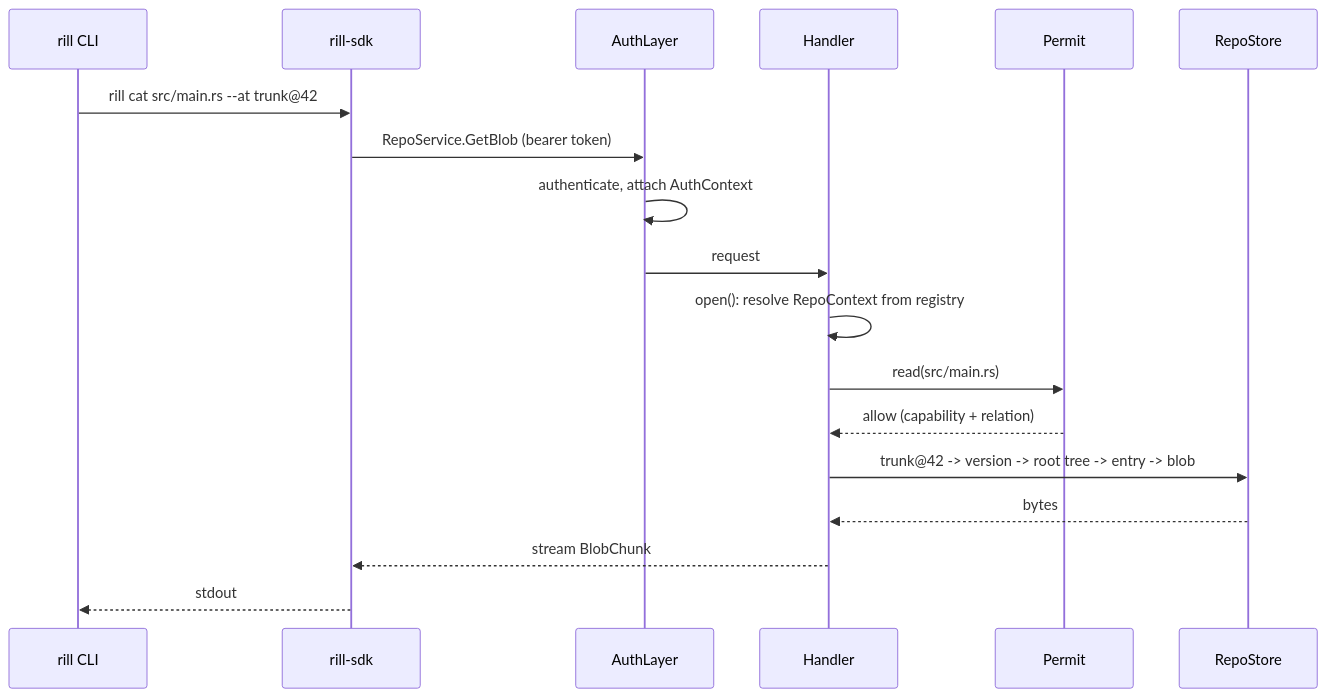
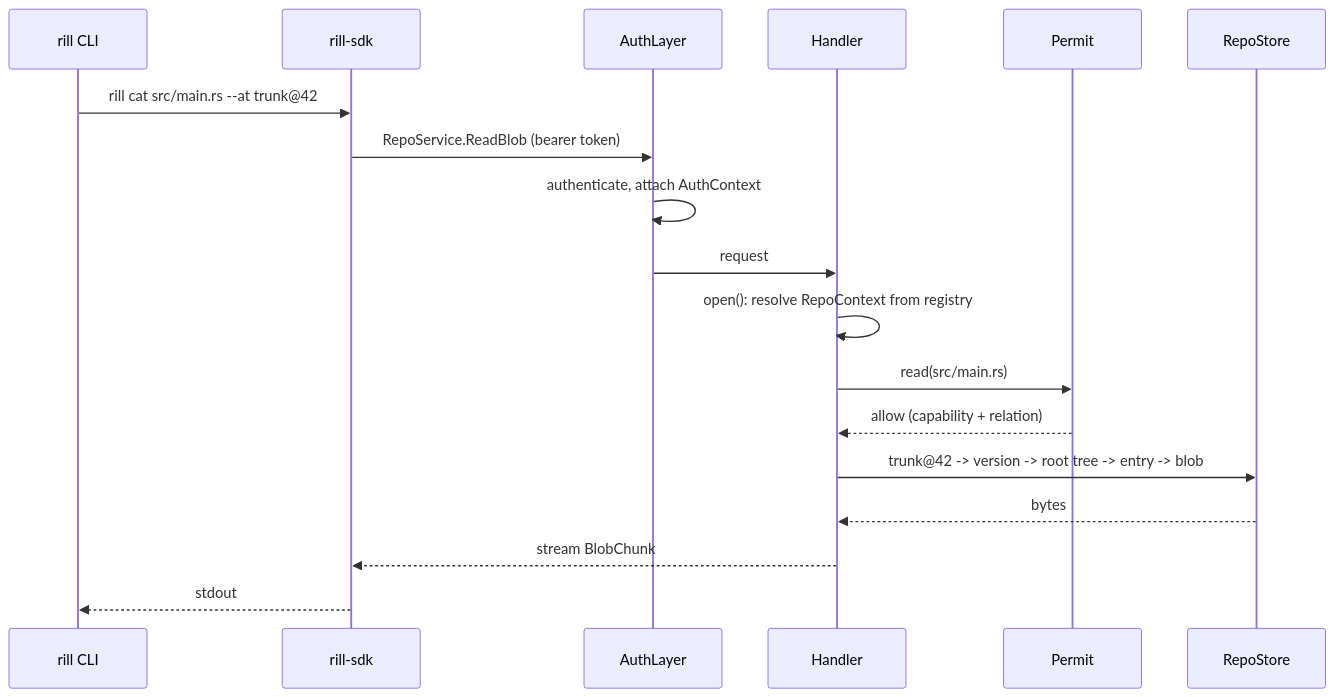
The third of 3 diagrams in architecture/01-overview/system-model.md (envoy1084/rill), drawn with Mermaid before and after one commit. The commit also changed other lines of this file and 329 other files, not shown here.

````diff
--- a/architecture/01-overview/system-model.md
+++ b/architecture/01-overview/system-model.md
@@ -63,20 +63,20 @@
 ```mermaid
 sequenceDiagram
   participant C as rill CLI
   participant S as rill-sdk
   participant A as AuthLayer
   participant H as Handler
   participant P as Permit
   participant R as RepoStore
   C->>S: rill cat src/main.rs --at trunk@42
-  S->>A: RepoService.GetBlob (bearer token)
+  S->>A: RepoService.ReadBlob (bearer token)
   A->>A: authenticate, attach AuthContext
   A->>H: request
   H->>H: open(): resolve RepoContext from registry
   H->>P: read(src/main.rs)
   P-->>H: allow (capability + relation)
   H->>R: trunk@42 -> version -> root tree -> entry -> blob
   R-->>H: bytes
   H-->>S: stream BlobChunk
   S-->>C: stdout
 ```
````
